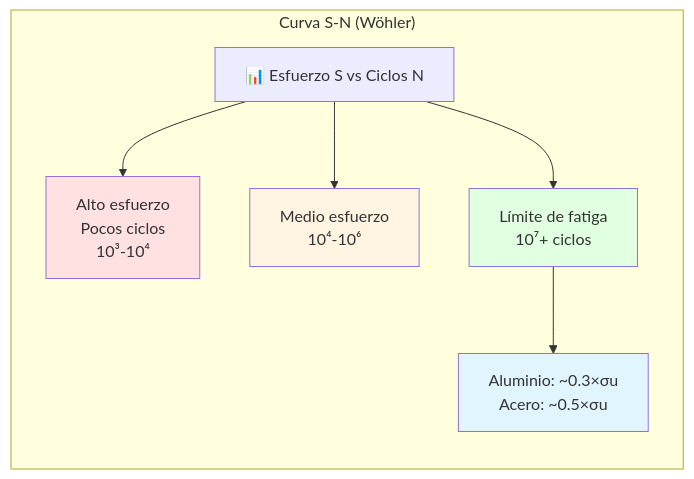
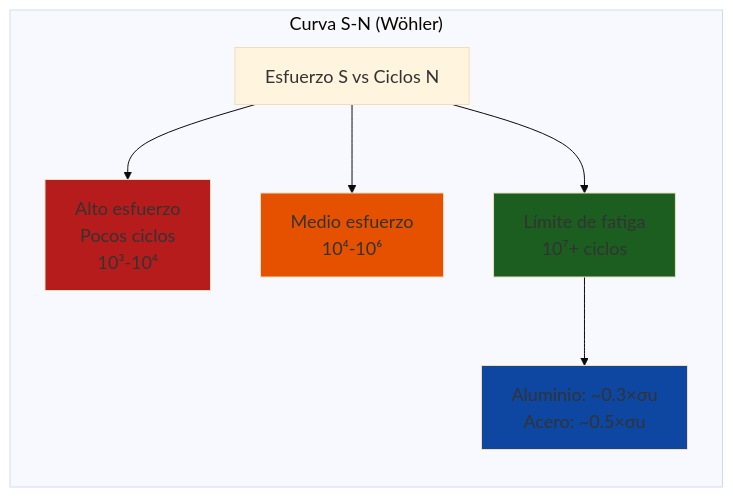
Diagram 17 of 18 in courses/🟡-development/FPUNA-2026/03-INGENIERIA-AERONAUTICA/03-estructuras-materiales.md (Ai-Whisperers/Courses-Content), drawn with Mermaid before and after one commit. The commit also changed other lines of this file and 47 other files, not shown here.

First line of the commit message:
fix: Make all 473 diagrams WCAG AAA accessible (FPUNA-2026)

````diff
--- a/courses/🟡-development/FPUNA-2026/03-INGENIERIA-AERONAUTICA/03-estructuras-materiales.md
+++ b/courses/🟡-development/FPUNA-2026/03-INGENIERIA-AERONAUTICA/03-estructuras-materiales.md
@@ -1134,17 +1150,18 @@
 ```mermaid
+%%{init: {'theme':'base', 'themeVariables': {'fontSize':'18px'}}}%%
 graph LR
     subgraph "Curva S-N (Wöhler)"
-        A[📊 Esfuerzo S vs Ciclos N]
+        A[Esfuerzo S vs Ciclos N]
         
         A --> B[Alto esfuerzo<br/>Pocos ciclos<br/>10³-10⁴]
         A --> C[Medio esfuerzo<br/>10⁴-10⁶]
         A --> D[Límite de fatiga<br/>10⁷+ ciclos]
         
         D --> E[Aluminio: ~0.3×σu<br/>Acero: ~0.5×σu]
     end
     
-    style B fill:#FFE1E1
-    style C fill:#FFF4E1
-    style D fill:#E1FFE1
-    style E fill:#E1F5FF
+    style B fill:#b71c1c
+    style C fill:#e65100
+    style D fill:#1b5e20
+    style E fill:#0d47a1
 ```
````
